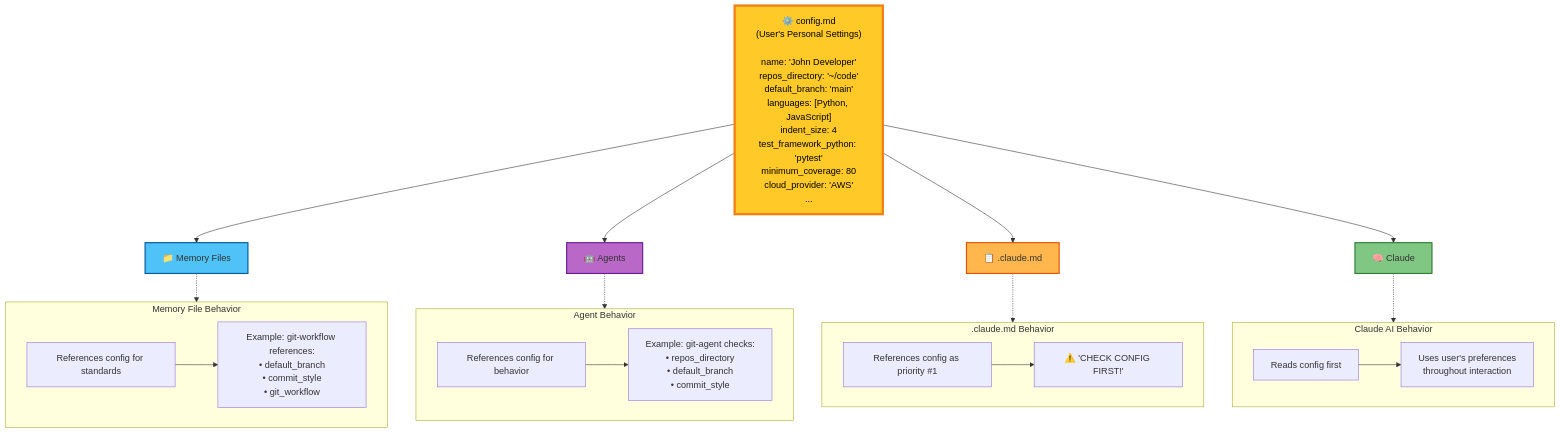
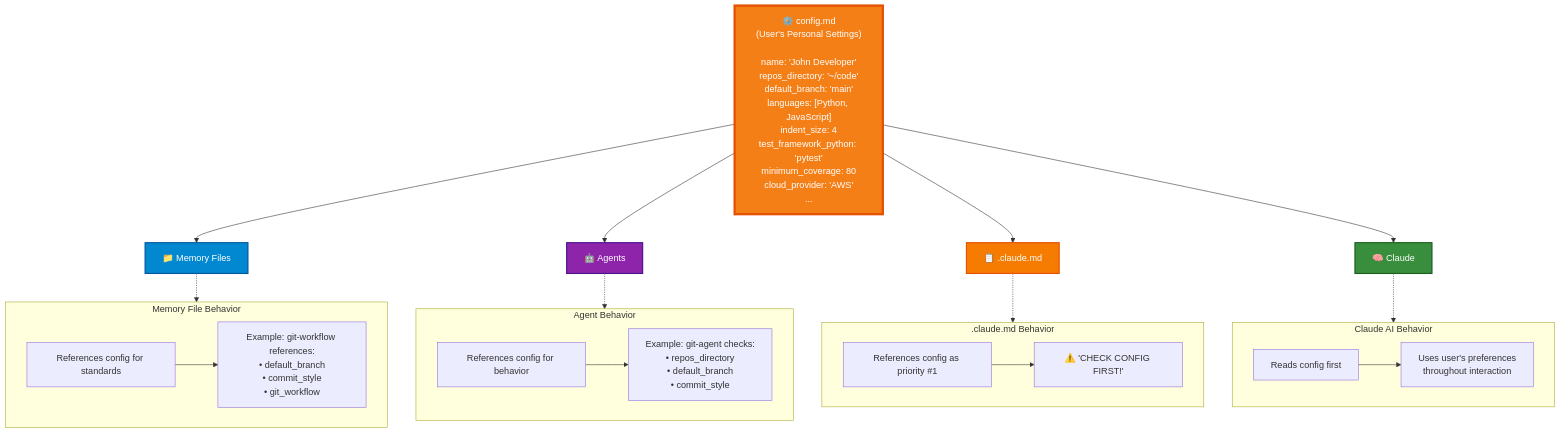
One commit to rhwendt/vaulty changed the third of 9 diagrams in INTERACTION-DIAGRAM.md. Above: the diagram before and after it, drawn with Mermaid. The commit also changed other lines of this file and 2 other files, not shown here.

````diff
--- a/INTERACTION-DIAGRAM.md
+++ b/INTERACTION-DIAGRAM.md
@@ -97,49 +97,49 @@
 ```mermaid
 flowchart TB
     Config["⚙️ config.md<br/>(User's Personal Settings)<br/><br/>name: 'John Developer'<br/>repos_directory: '~/code'<br/>default_branch: 'main'<br/>languages: [Python, JavaScript]<br/>indent_size: 4<br/>test_framework_python: 'pytest'<br/>minimum_coverage: 80<br/>cloud_provider: 'AWS'<br/>..."]
 
     Memory["📁 Memory Files"]
     Agents["🤖 Agents"]
     ClaudeMD["📋 .claude.md"]
     Claude["🧠 Claude"]
 
     Config --> Memory
     Config --> Agents
     Config --> ClaudeMD
     Config --> Claude
 
     subgraph MemoryDetails["Memory File Behavior"]
         MemRef["References config for standards"]
         MemEx["Example: git-workflow references:<br/>• default_branch<br/>• commit_style<br/>• git_workflow"]
         MemRef --> MemEx
     end
 
     subgraph AgentDetails["Agent Behavior"]
         AgentRef["References config for behavior"]
         AgentEx["Example: git-agent checks:<br/>• repos_directory<br/>• default_branch<br/>• commit_style"]
         AgentRef --> AgentEx
     end
 
     subgraph ClaudeDetails[".claude.md Behavior"]
         ClaudeRef["References config as priority #1"]
         ClaudeEx["⚠️ 'CHECK CONFIG FIRST!'"]
         ClaudeRef --> ClaudeEx
     end
 
     subgraph ClaudeAI["Claude AI Behavior"]
         ClaudeRead["Reads config first"]
         ClaudeUse["Uses user's preferences<br/>throughout interaction"]
         ClaudeRead --> ClaudeUse
     end
 
     Memory -.-> MemoryDetails
     Agents -.-> AgentDetails
     ClaudeMD -.-> ClaudeDetails
     Claude -.-> ClaudeAI
 
-    style Config fill:#ffca28,stroke:#f57f17,stroke-width:4px,color:#000
-    style Memory fill:#4fc3f7,stroke:#01579b,stroke-width:2px
-    style Agents fill:#ba68c8,stroke:#6a1b9a,stroke-width:2px
-    style ClaudeMD fill:#ffb74d,stroke:#e65100,stroke-width:2px
-    style Claude fill:#81c784,stroke:#2e7d32,stroke-width:2px
+    style Config fill:#f57f17,stroke:#e65100,stroke-width:4px,color:#fff
+    style Memory fill:#0288d1,stroke:#01579b,color:#fff,stroke-width:2px
+    style Agents fill:#8e24aa,stroke:#4a148c,color:#fff,stroke-width:2px
+    style ClaudeMD fill:#f57c00,stroke:#e65100,color:#fff,stroke-width:2px
+    style Claude fill:#388e3c,stroke:#1b5e20,color:#fff,stroke-width:2px
 ```
````
